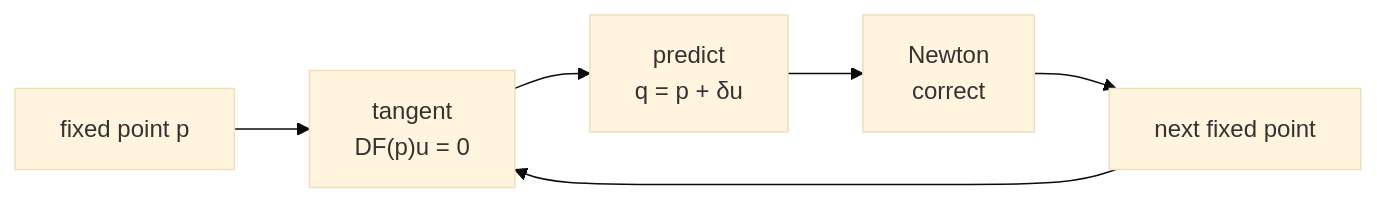
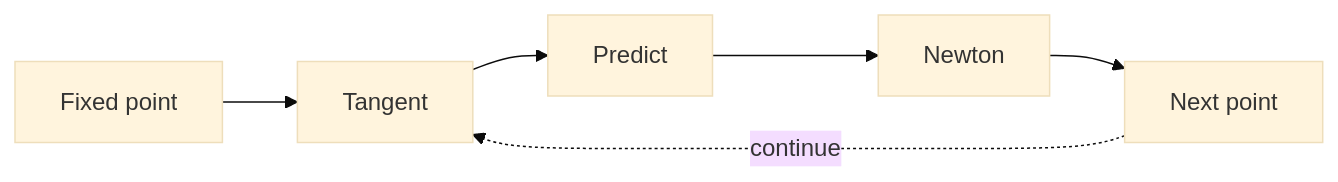
The first of 3 diagrams in README.md (viktoriia-competitive/bifurcation-continuation-solver), drawn with Mermaid (base theme) before and after one commit. The commit also changed other lines of this file, not shown here.

````diff
--- a/README.md
+++ b/README.md
@@ -85,8 +80,8 @@
 ```mermaid
 flowchart LR
-    A["fixed point p"] --> B["tangent<br/>DF(p)u = 0"]
-    B --> C["predict<br/>q = p + δu"]
-    C --> D["Newton<br/>correct"]
-    D --> E["next fixed point"]
-    E --> B
+    A["Fixed point"] --> B["Tangent"]
+    B --> C["Predict"]
+    C --> D["Newton"]
+    D --> E["Next point"]
+    E -. continue .-> B
 ```
````
